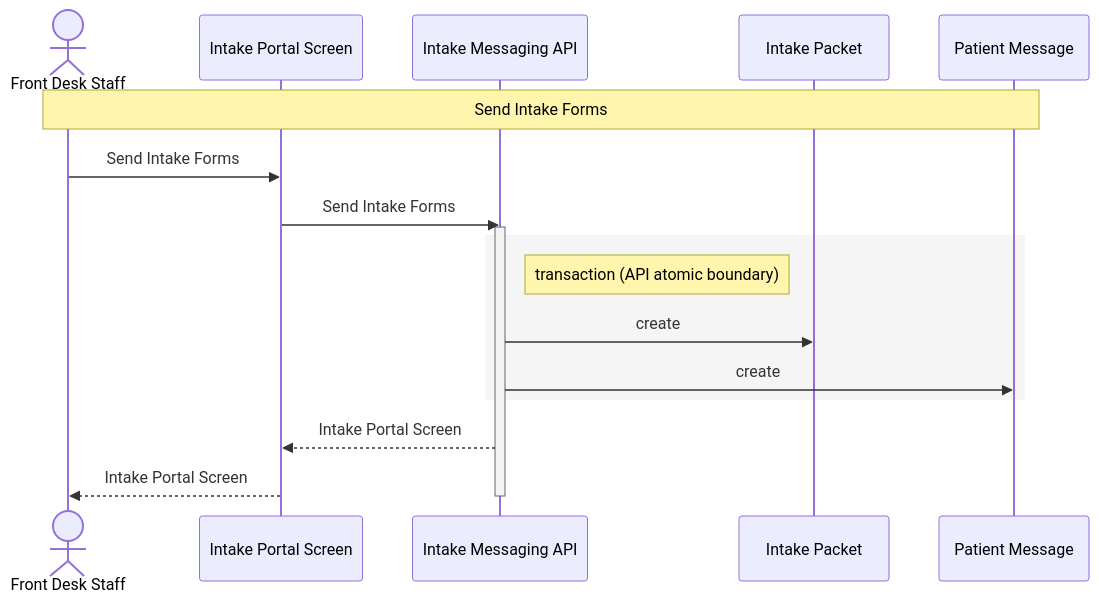
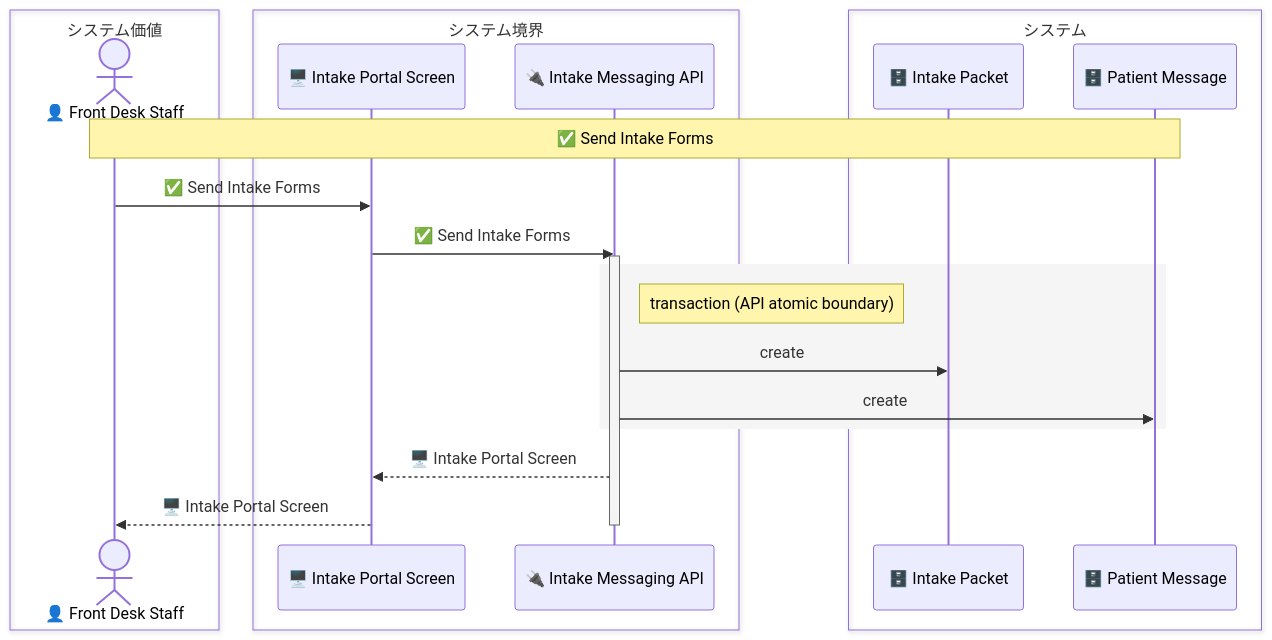
The diagram in samples/clinic-ops/out/uc/sequence_send_intake_forms.mmd (manji-0/rdra-ish-dsl), drawn with Mermaid before and after one commit. The commit also changed 114 other files, not shown here.

Commit message:
feat: update rdra diagram layering

```diff
--- a/samples/clinic-ops/out/uc/sequence_send_intake_forms.mmd
+++ b/samples/clinic-ops/out/uc/sequence_send_intake_forms.mmd
@@ -1,19 +1,25 @@
 sequenceDiagram
-  actor FrontDesk as Front Desk Staff
-  participant IntakePortalScreen as Intake Portal Screen
-  participant IntakeMessagingApi as Intake Messaging API
-  participant IntakePacket as Intake Packet
-  participant PatientMessage as Patient Message
+  box システム価値
+    actor FrontDesk as 👤 Front Desk Staff
+  end
+  box システム境界
+    participant IntakePortalScreen as 🖥️ Intake Portal Screen
+    participant IntakeMessagingApi as 🔌 Intake Messaging API
+  end
+  box システム
+    participant IntakePacket as 🗄️ Intake Packet
+    participant PatientMessage as 🗄️ Patient Message
+  end
 
-  Note over FrontDesk,PatientMessage: Send Intake Forms
-  FrontDesk->>IntakePortalScreen: Send Intake Forms
-  IntakePortalScreen->>IntakeMessagingApi: Send Intake Forms
+  Note over FrontDesk,PatientMessage: ✅ Send Intake Forms
+  FrontDesk->>IntakePortalScreen: ✅ Send Intake Forms
+  IntakePortalScreen->>IntakeMessagingApi: ✅ Send Intake Forms
   activate IntakeMessagingApi
   rect rgb(245,245,245)
     Note right of IntakeMessagingApi: transaction (API atomic boundary)
     IntakeMessagingApi->>IntakePacket: create
     IntakeMessagingApi->>PatientMessage: create
   end
-  IntakeMessagingApi-->>IntakePortalScreen: Intake Portal Screen
-  IntakePortalScreen-->>FrontDesk: Intake Portal Screen
+  IntakeMessagingApi-->>IntakePortalScreen: 🖥️ Intake Portal Screen
+  IntakePortalScreen-->>FrontDesk: 🖥️ Intake Portal Screen
   deactivate IntakeMessagingApi
```
